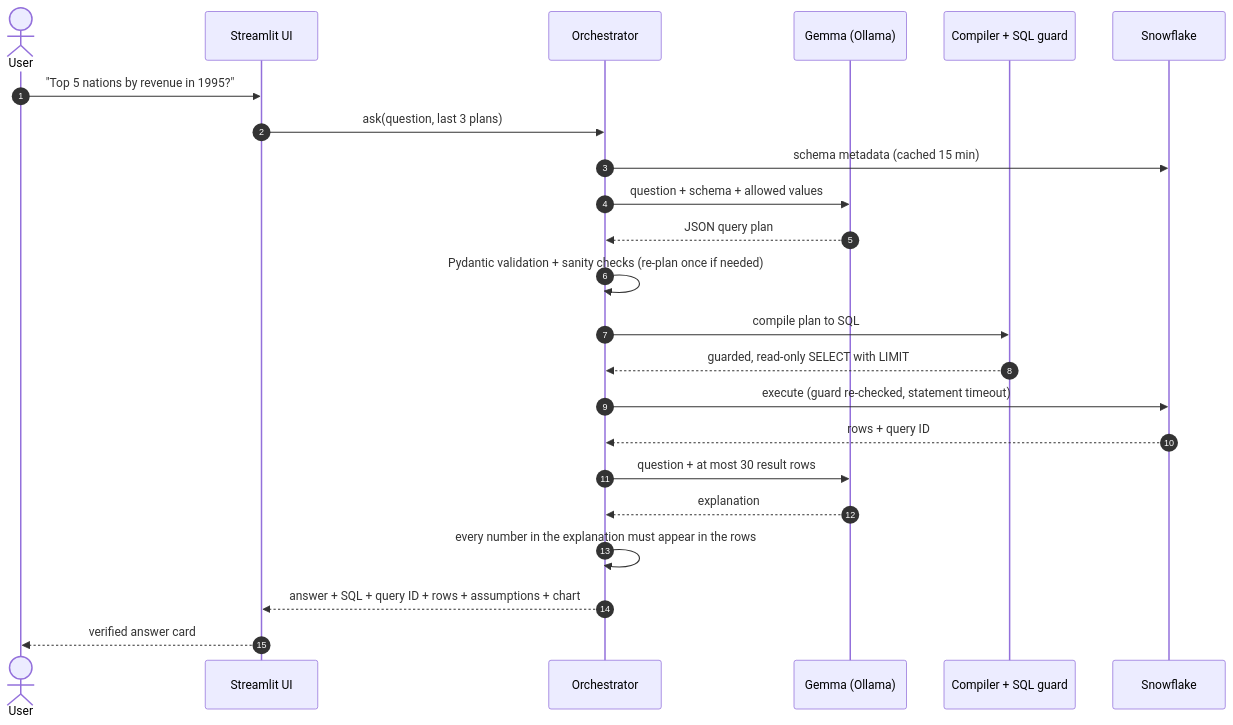
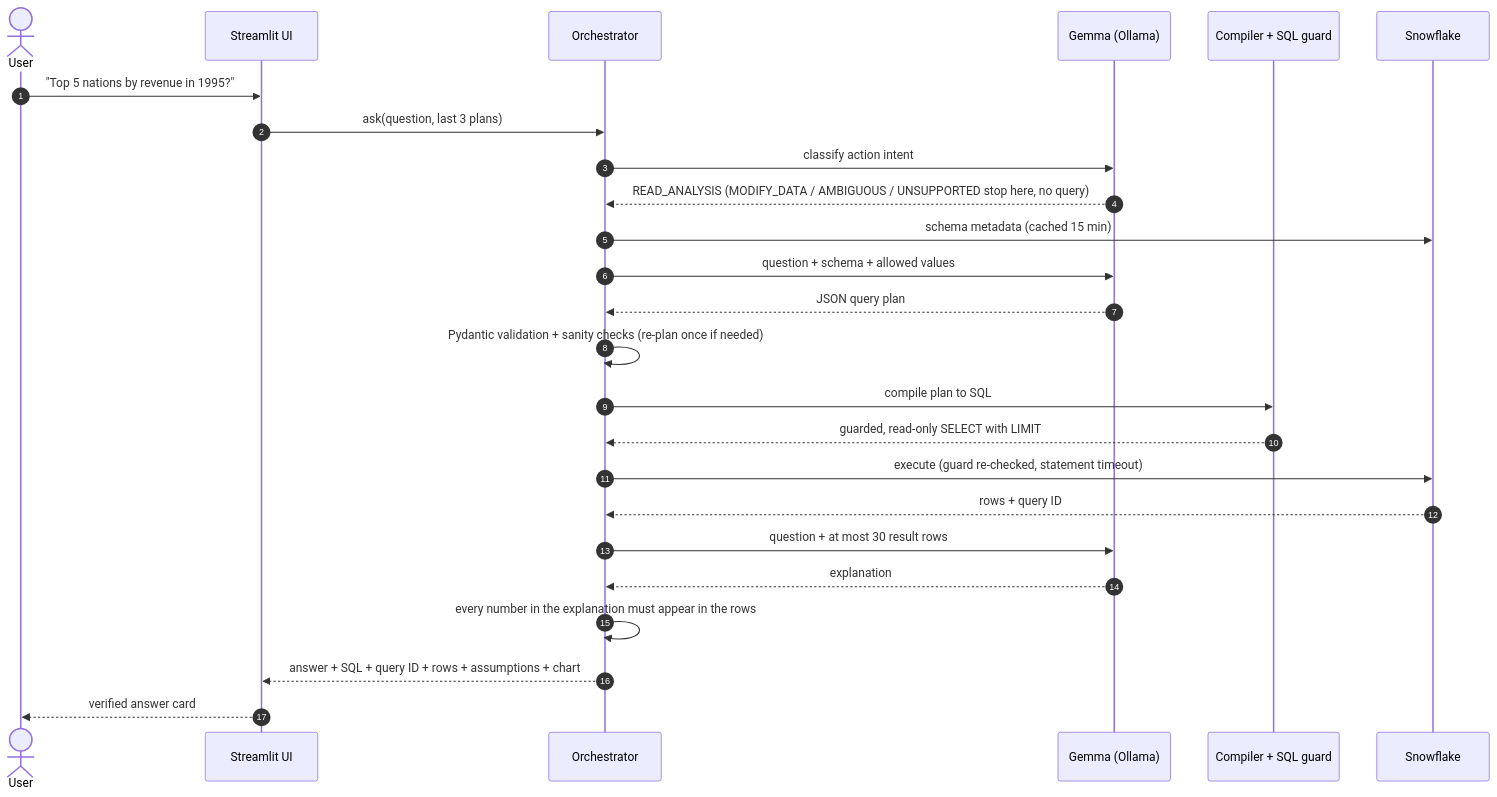
Before and after one commit to ZERODAY-2026/Ctrl-Z: the second of 2 diagrams in README.md, drawn with Mermaid. The commit also changed other lines of this file and 12 other files, not shown here.

First line of the commit message:
Add action-intent check before planning, with live intent evaluation

````diff
--- a/README.md
+++ b/README.md
@@ -92,26 +100,28 @@
 ```mermaid
 sequenceDiagram
     autonumber
     actor U as User
     participant UI as Streamlit UI
     participant O as Orchestrator
     participant G as Gemma (Ollama)
     participant C as Compiler + SQL guard
     participant S as Snowflake
 
     U->>UI: "Top 5 nations by revenue in 1995?"
     UI->>O: ask(question, last 3 plans)
+    O->>G: classify action intent
+    G-->>O: READ_ANALYSIS (MODIFY_DATA / AMBIGUOUS / UNSUPPORTED stop here, no query)
     O->>S: schema metadata (cached 15 min)
     O->>G: question + schema + allowed values
     G-->>O: JSON query plan
     O->>O: Pydantic validation + sanity checks (re-plan once if needed)
     O->>C: compile plan to SQL
     C-->>O: guarded, read-only SELECT with LIMIT
     O->>S: execute (guard re-checked, statement timeout)
     S-->>O: rows + query ID
     O->>G: question + at most 30 result rows
     G-->>O: explanation
     O->>O: every number in the explanation must appear in the rows
     O-->>UI: answer + SQL + query ID + rows + assumptions + chart
     UI-->>U: verified answer card
 ```
````
